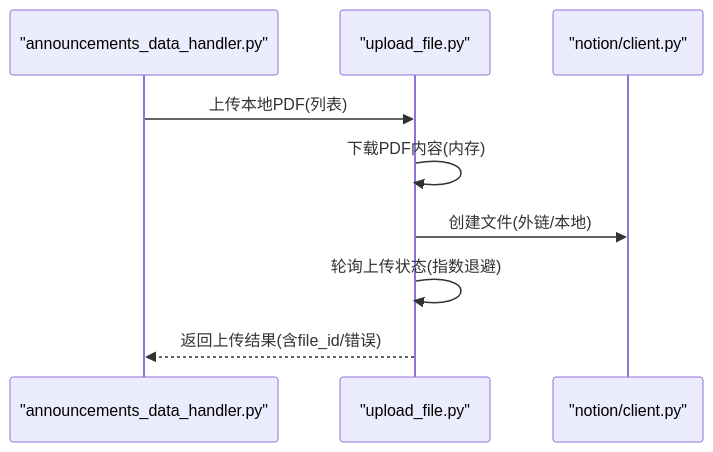
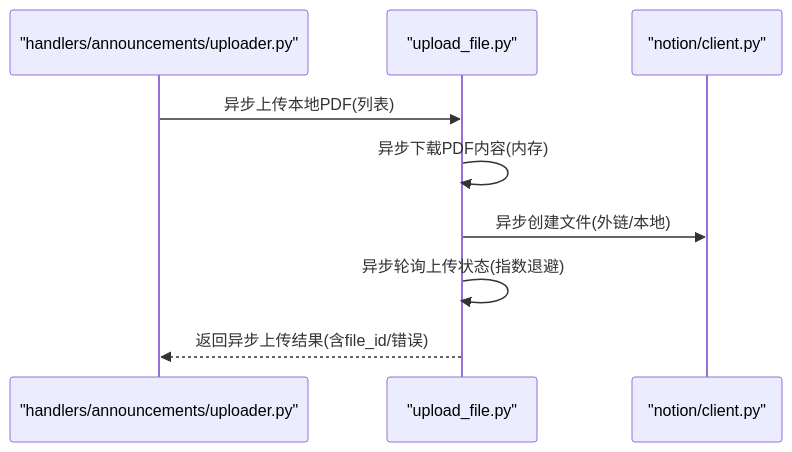
The fifth of 6 diagrams in .qoder/repowiki/zh/content/核心模块详解/PDF文件处理模块.md (iverwong/DataLife), drawn with Mermaid before and after one commit. The commit also changed other lines of this file and 14 other files, not shown here.

````diff
--- a/.qoder/repowiki/zh/content/核心模块详解/PDF文件处理模块.md
+++ b/.qoder/repowiki/zh/content/核心模块详解/PDF文件处理模块.md
@@ -207,11 +284,11 @@
 ```mermaid
 sequenceDiagram
-participant Handler as "announcements_data_handler.py"
+participant Handler as "handlers/announcements/uploader.py"
 participant Uploader as "upload_file.py"
 participant Notion as "notion/client.py"
-Handler->>Uploader : 上传本地PDF(列表)
-Uploader->>Uploader : 下载PDF内容(内存)
-Uploader->>Notion : 创建文件(外链/本地)
-Uploader->>Uploader : 轮询上传状态(指数退避)
-Uploader-->>Handler : 返回上传结果(含file_id/错误)
+Handler->>Uploader : 异步上传本地PDF(列表)
+Uploader->>Uploader : 异步下载PDF内容(内存)
+Uploader->>Notion : 异步创建文件(外链/本地)
+Uploader->>Uploader : 异步轮询上传状态(指数退避)
+Uploader-->>Handler : 返回异步上传结果(含file_id/错误)
 ```
````
